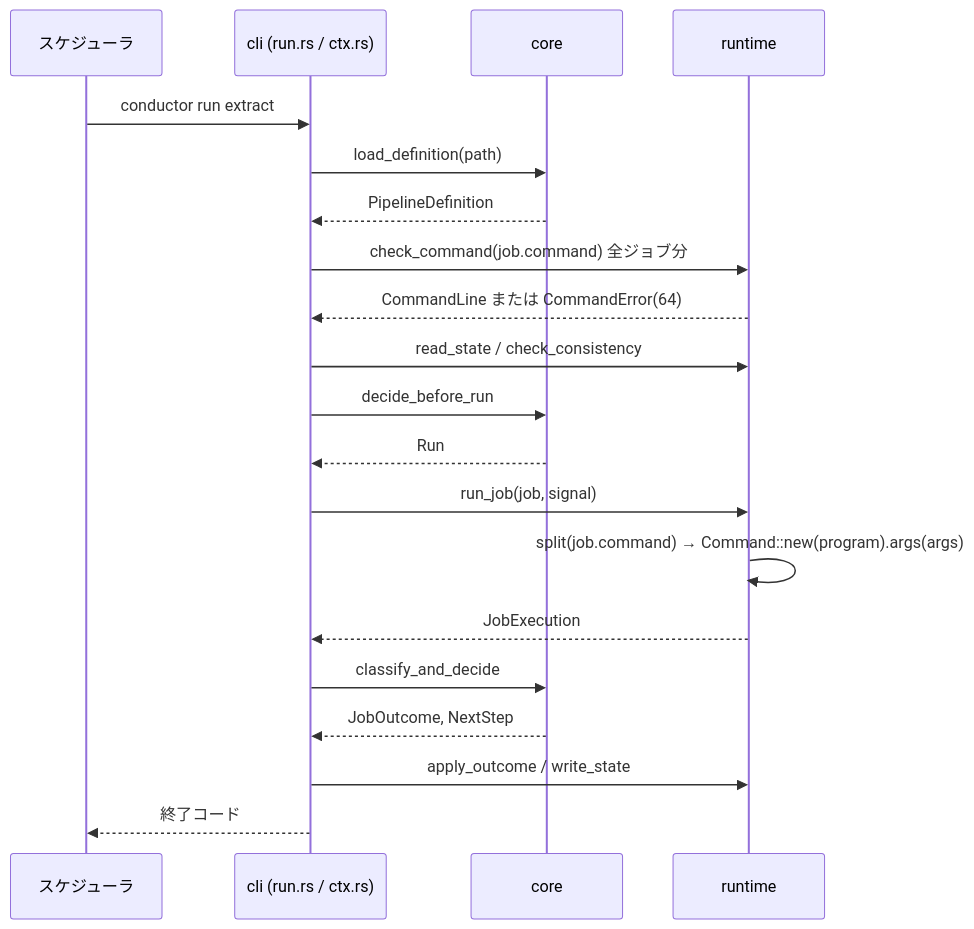
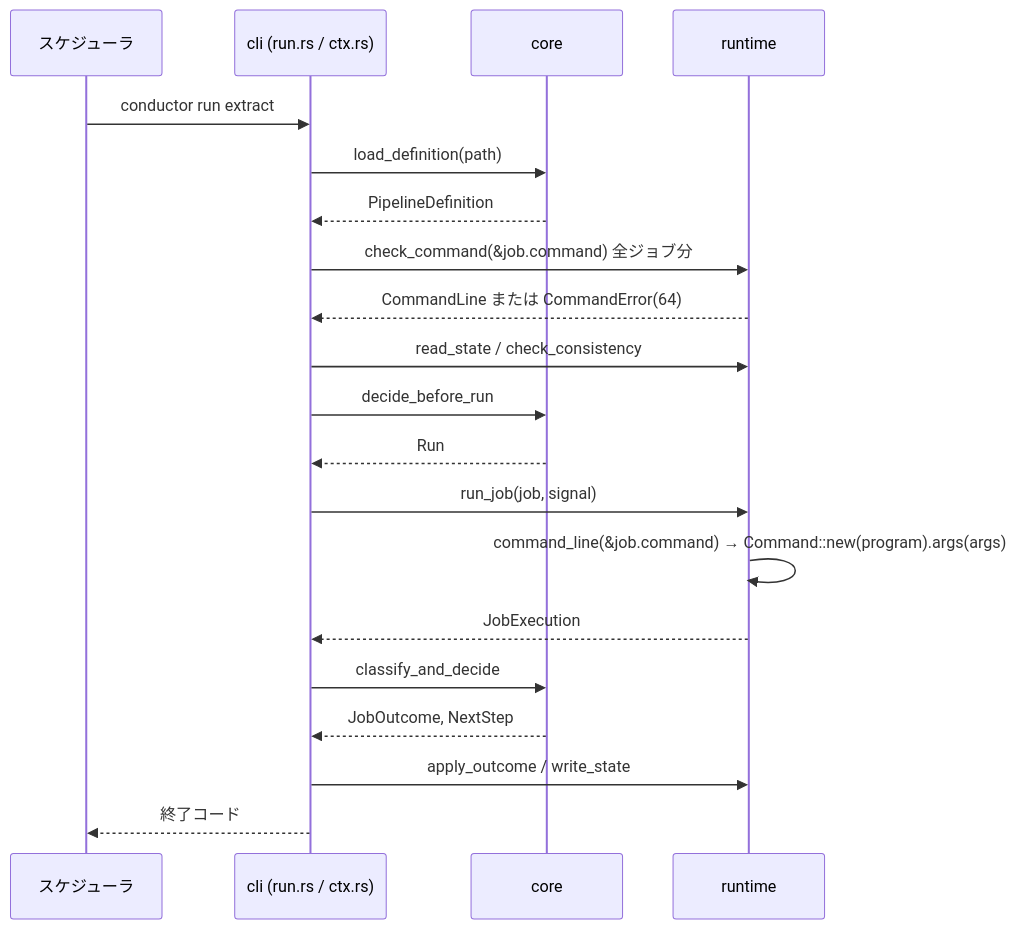
The third of 4 diagrams in aidlc/spaces/default/codekb/rust-job-conductor/architecture.md (agwlvssainokuni/rust-job-conductor), drawn with Mermaid before and after one commit. The commit also changed other lines of this file and 13 other files, not shown here.

````diff
--- a/aidlc/spaces/default/codekb/rust-job-conductor/architecture.md
+++ b/aidlc/spaces/default/codekb/rust-job-conductor/architecture.md
@@ -50,22 +69,22 @@
 ```mermaid
 sequenceDiagram
     participant U as スケジューラ
     participant C as cli (run.rs / ctx.rs)
     participant K as core
     participant R as runtime
     U->>C: conductor run extract
     C->>K: load_definition(path)
     K-->>C: PipelineDefinition
-    C->>R: check_command(job.command) 全ジョブ分
+    C->>R: check_command(&job.command) 全ジョブ分
     R-->>C: CommandLine または CommandError(64)
     C->>R: read_state / check_consistency
     C->>K: decide_before_run
     K-->>C: Run
     C->>R: run_job(job, signal)
-    R->>R: split(job.command) → Command::new(program).args(args)
+    R->>R: command_line(&job.command) → Command::new(program).args(args)
     R-->>C: JobExecution
     C->>K: classify_and_decide
     K-->>C: JobOutcome, NextStep
     C->>R: apply_outcome / write_state
     C-->>U: 終了コード
 ```
````
